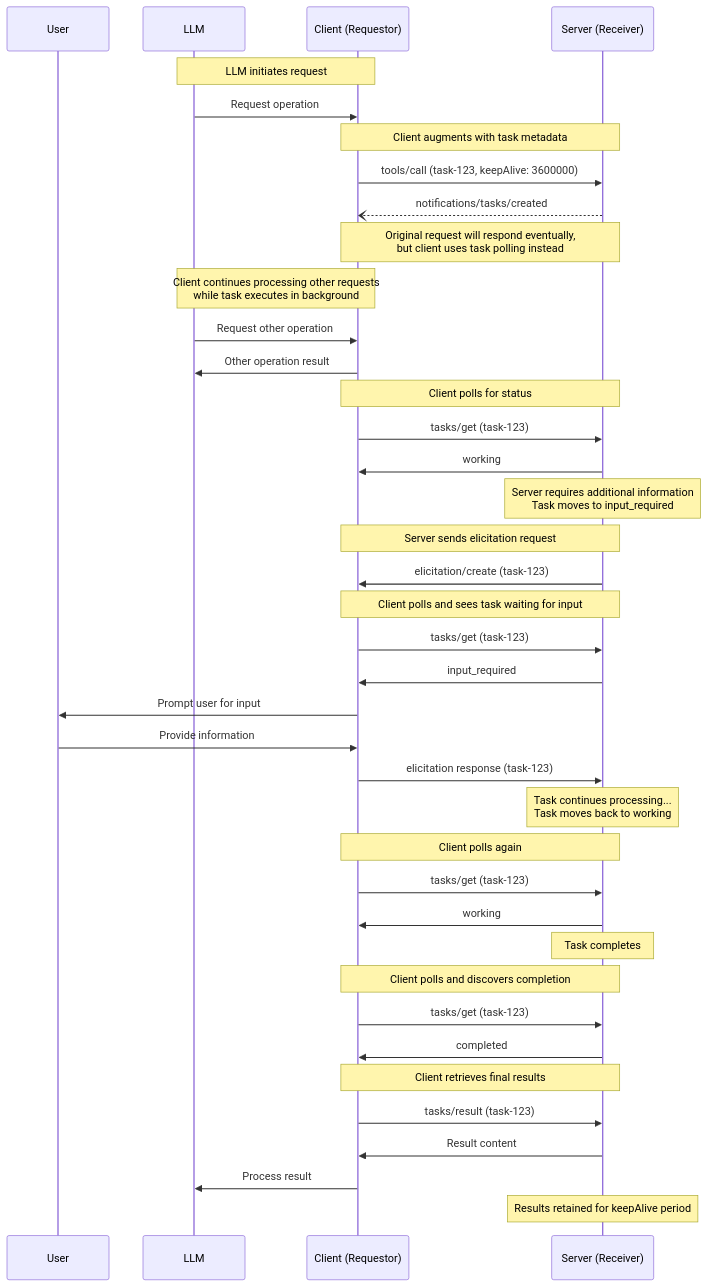
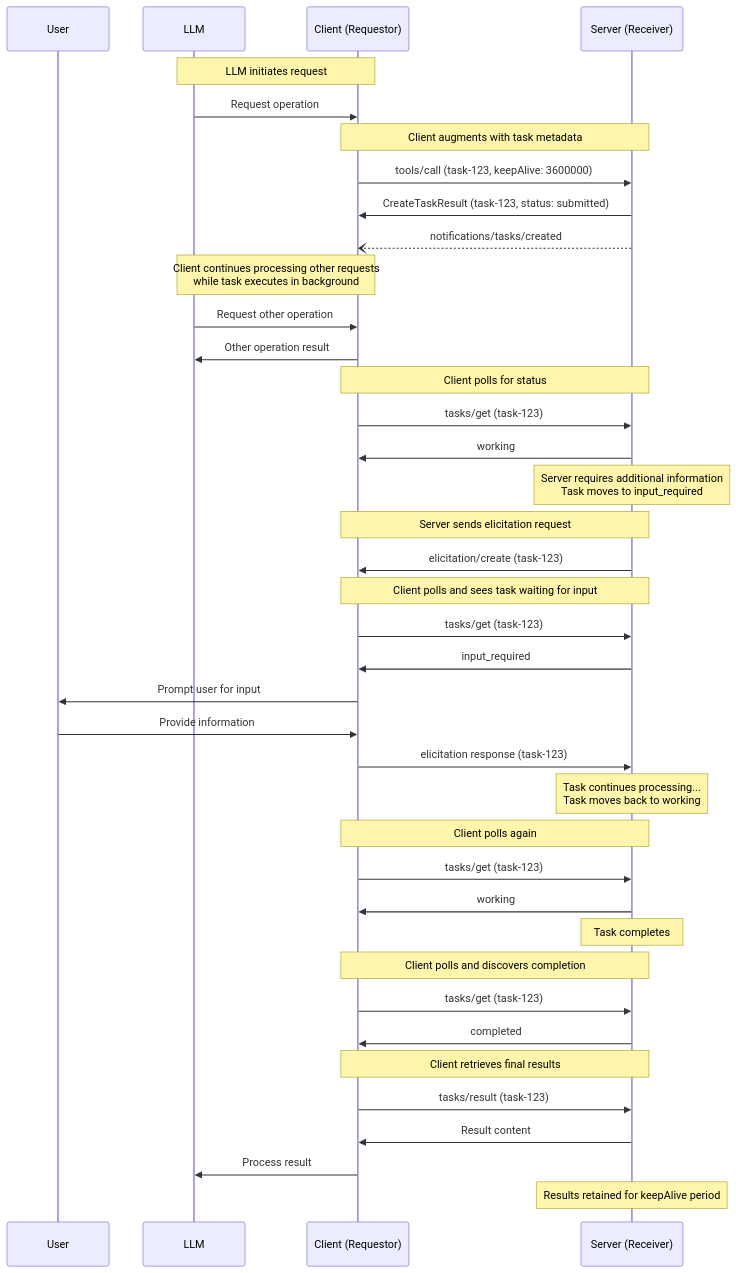
Before and after one commit to scottslewis/modelcontextprotocol: the third of 6 diagrams in docs/specification/draft/basic/utilities/tasks.mdx, drawn with Mermaid. The commit also changed other lines of this file and 3 other files, not shown here.

Commit message:
Use response instead of notification for task acceptance

````diff
--- a/docs/specification/draft/basic/utilities/tasks.mdx
+++ b/docs/specification/draft/basic/utilities/tasks.mdx
@@ -449,55 +483,55 @@
 ```mermaid
 sequenceDiagram
     participant U as User
     participant LLM
     participant C as Client (Requestor)
     participant S as Server (Receiver)
 
     Note over LLM,C: LLM initiates request
     LLM->>C: Request operation
 
     Note over C,S: Client augments with task metadata
     C->>S: tools/call (task-123, keepAlive: 3600000)
+    S->>C: CreateTaskResult (task-123, status: submitted)
     S--)C: notifications/tasks/created
-    Note over C,S: Original request will respond eventually,<br/>but client uses task polling instead
 
     Note over LLM,C: Client continues processing other requests<br/>while task executes in background
     LLM->>C: Request other operation
     C->>LLM: Other operation result
 
     Note over C,S: Client polls for status
     C->>S: tasks/get (task-123)
     S->>C: working
 
     Note over S: Server requires additional information<br/>Task moves to input_required
 
     Note over S,C: Server sends elicitation request
     S->>C: elicitation/create (task-123)
 
     Note over C,S: Client polls and sees task waiting for input
     C->>S: tasks/get (task-123)
     S->>C: input_required
 
     C->>U: Prompt user for input
     U->>C: Provide information
     C->>S: elicitation response (task-123)
 
     Note over S: Task continues processing...<br/>Task moves back to working
 
     Note over C,S: Client polls again
     C->>S: tasks/get (task-123)
     S->>C: working
 
     Note over S: Task completes
 
     Note over C,S: Client polls and discovers completion
     C->>S: tasks/get (task-123)
     S->>C: completed
 
     Note over C,S: Client retrieves final results
     C->>S: tasks/result (task-123)
     S->>C: Result content
     C->>LLM: Process result
 
     Note over S: Results retained for keepAlive period
 ```
````
